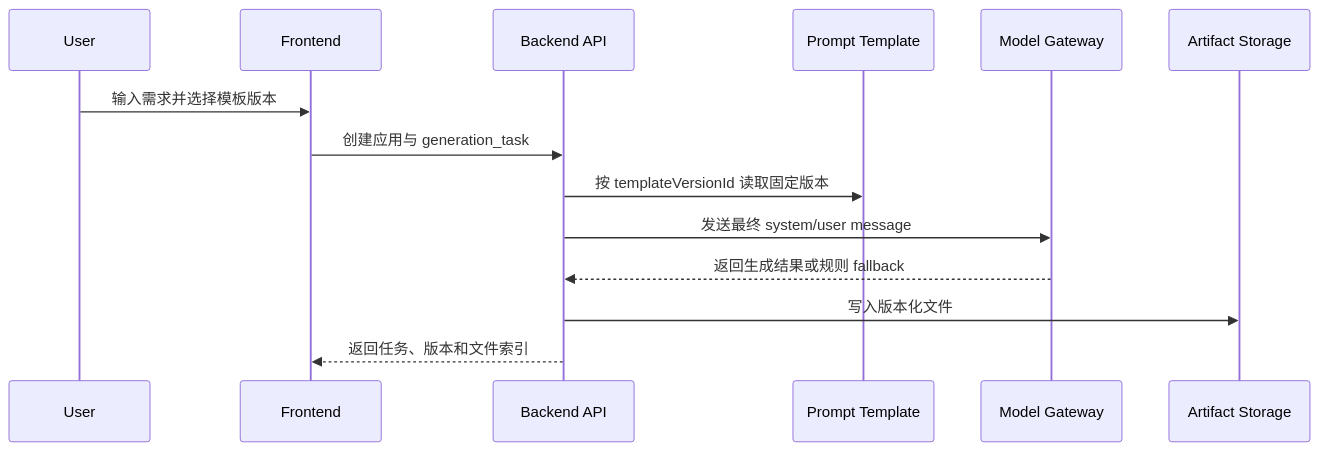
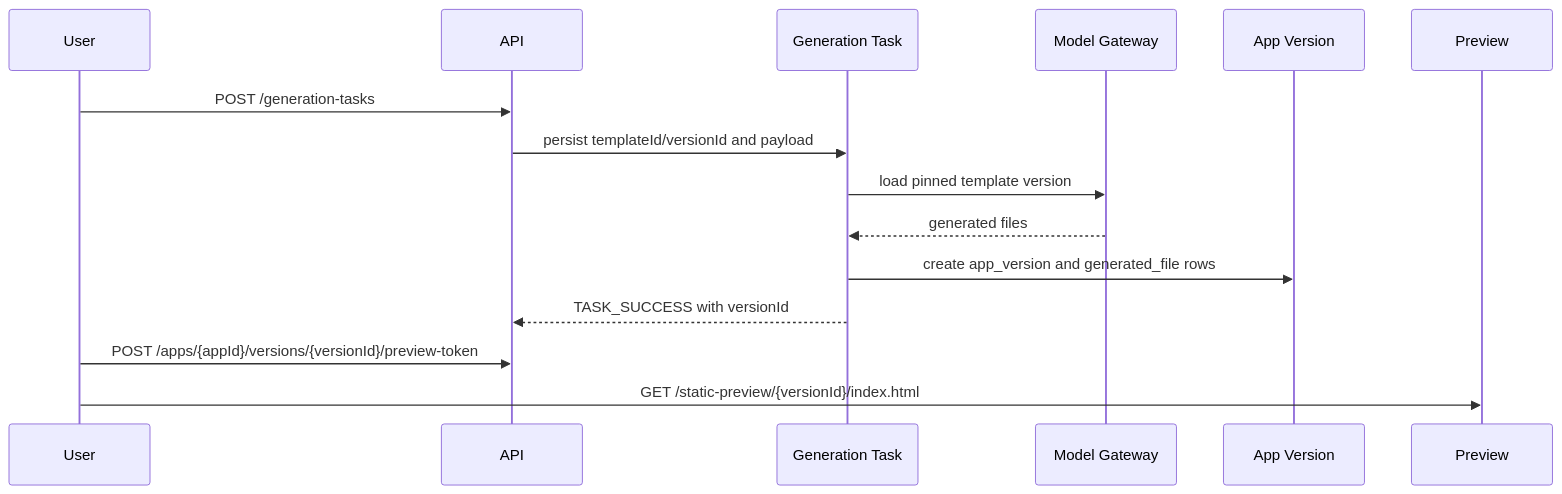
One commit to 18307519324az/CodeForge-AI changed the second of 2 diagrams in README.md. Above: the diagram before and after it, drawn with Mermaid. The commit also changed other lines of this file and 25 other files, not shown here.

Commit message:
docs: complete generated preview and repository documentation

````diff
--- a/README.md
+++ b/README.md
@@ -92,16 +95,17 @@
 ```mermaid
 sequenceDiagram
-  participant User as User
-  participant Frontend as Frontend
-  participant API as Backend API
-  participant Prompt as Prompt Template
-  participant Gateway as Model Gateway
-  participant Storage as Artifact Storage
-  User->>Frontend: 输入需求并选择模板版本
-  Frontend->>API: 创建应用与 generation_task
-  API->>Prompt: 按 templateVersionId 读取固定版本
-  API->>Gateway: 发送最终 system/user message
-  Gateway-->>API: 返回生成结果或规则 fallback
-  API->>Storage: 写入版本化文件
-  API-->>Frontend: 返回任务、版本和文件索引
+  participant U as User
+  participant API as API
+  participant T as Generation Task
+  participant G as Model Gateway
+  participant V as App Version
+  participant P as Preview
+  U->>API: POST /generation-tasks
+  API->>T: persist templateId/versionId and payload
+  T->>G: load pinned template version
+  G-->>T: generated files
+  T->>V: create app_version and generated_file rows
+  T-->>API: TASK_SUCCESS with versionId
+  U->>API: POST /apps/{appId}/versions/{versionId}/preview-token
+  U->>P: GET /static-preview/{versionId}/index.html
 ```
````
